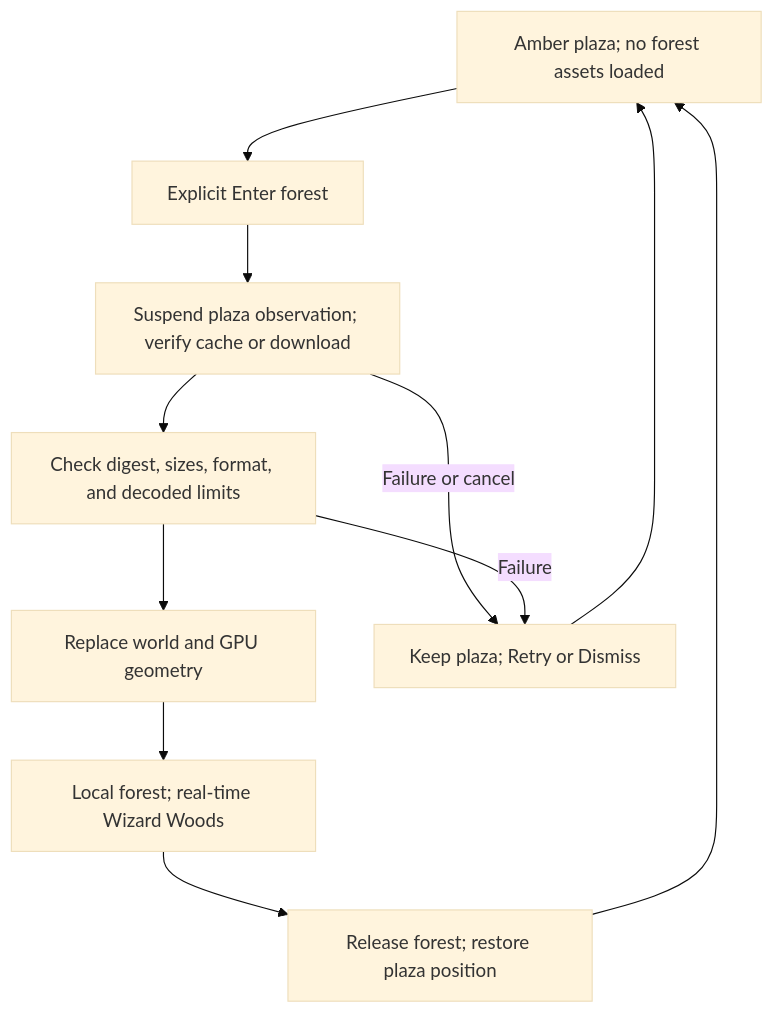
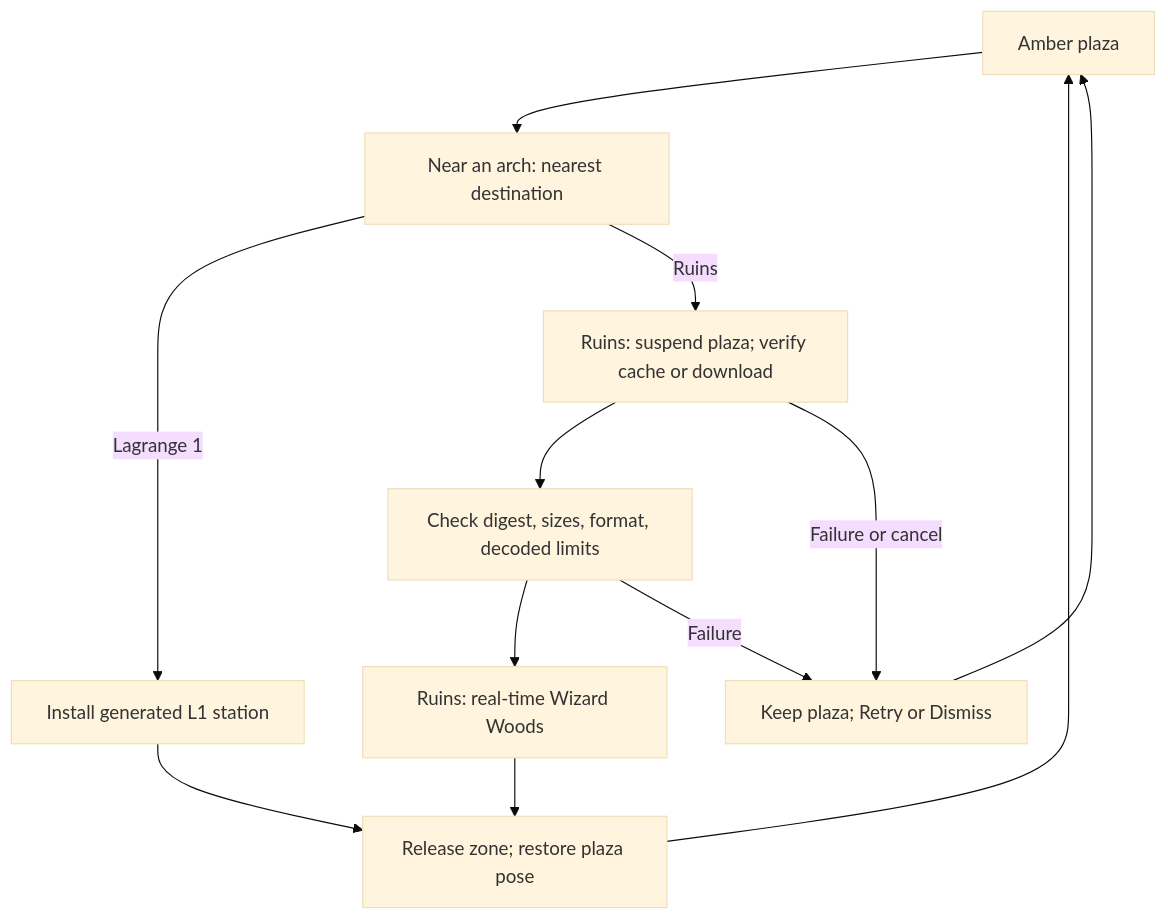
The diagram in docs/verse/zones.md (OpenAgentsInc/openagents), drawn with Mermaid (base theme) before and after one commit. The commit also changed other lines of this file and 42 other files, not shown here.

First line of the commit message:
feat(verse): complete the Ruins rename and Lagrange 1 zone wiring

````diff
--- a/docs/verse/zones.md
+++ b/docs/verse/zones.md
@@ -127,21 +83,22 @@
 ```mermaid
 flowchart TD
-    Plaza["Amber plaza; no forest assets loaded"]
-    Entry["Explicit Enter forest"]
-    Prepare["Suspend plaza observation; verify cache or download"]
-    Decode["Check digest, sizes, format, and decoded limits"]
-    Replace["Replace world and GPU geometry"]
-    Forest["Local forest; real-time Wizard Woods"]
-    Return["Release forest; restore plaza position"]
+    Plaza["Amber plaza"]
+    Near["Near an arch: nearest destination"]
+    L1["Install generated L1 station"]
+    Prepare["Ruins: suspend plaza; verify cache or download"]
+    Decode["Check digest, sizes, format, decoded limits"]
+    Ruins["Ruins: real-time Wizard Woods"]
     Failed["Keep plaza; Retry or Dismiss"]
-    Plaza --> Entry
-    Entry --> Prepare
+    Return["Release zone; restore plaza pose"]
+    Plaza --> Near
+    Near -->|Lagrange 1| L1
+    Near -->|Ruins| Prepare
     Prepare --> Decode
-    Decode --> Replace
-    Replace --> Forest
+    Decode --> Ruins
     Prepare -->|Failure or cancel| Failed
     Decode -->|Failure| Failed
     Failed --> Plaza
-    Forest --> Return
+    Ruins --> Return
+    L1 --> Return
     Return --> Plaza
 ```
````
